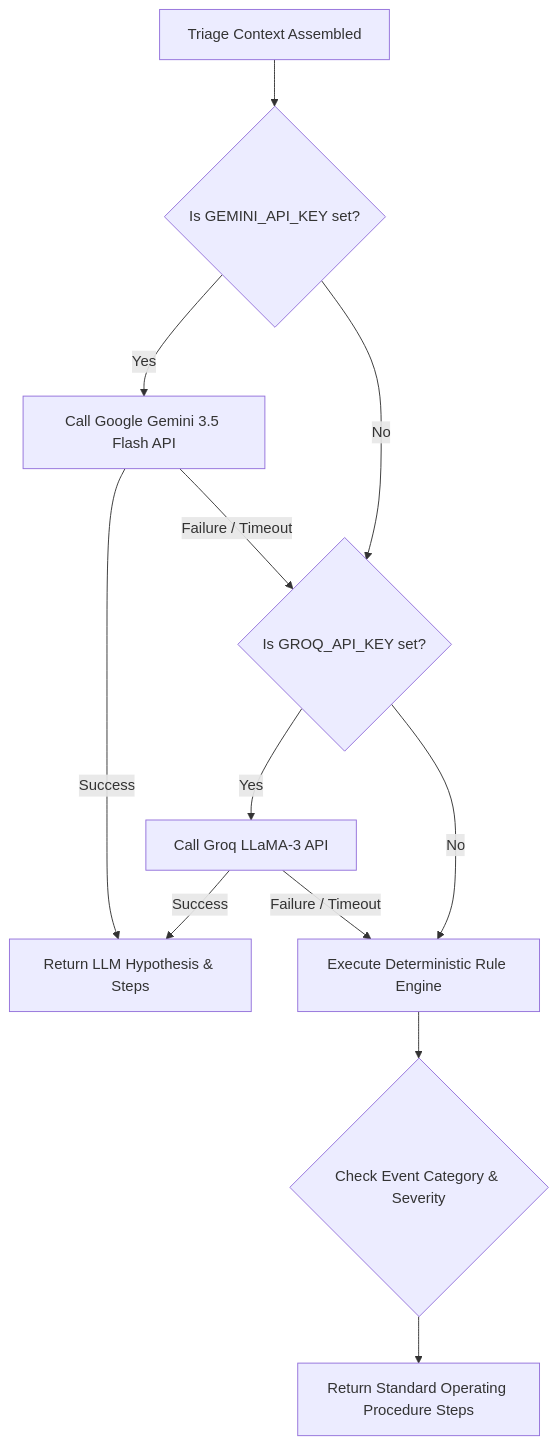
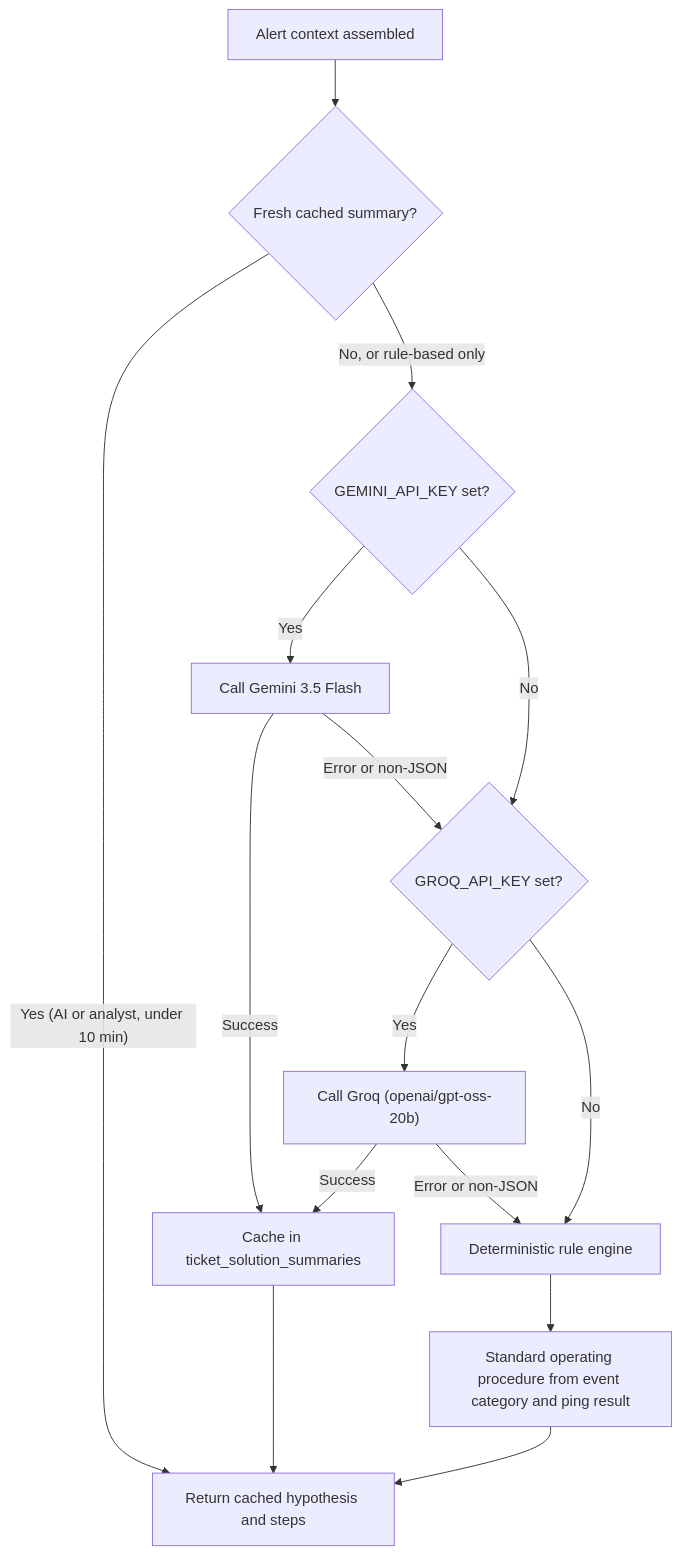
Before and after one commit to sanchiitvijay/noc-ps: the fourth of 4 diagrams in docs/documentation.md, drawn with Mermaid. The commit also changed other lines of this file and 3 other files, not shown here.

````diff
--- a/docs/documentation.md
+++ b/docs/documentation.md
@@ -259,16 +307,20 @@
 ```mermaid
 flowchart TD
-    Prompt[Triage Context Assembled] --> CheckGemini{Is GEMINI_API_KEY set?}
-    CheckGemini -- Yes --> CallGemini[Call Google Gemini 3.5 Flash API]
-    CallGemini -- Success --> ReturnAI[Return LLM Hypothesis & Steps]
-    CallGemini -- Failure / Timeout --> CheckGroq
+    Start["Alert context assembled"] --> Cache{"Fresh cached summary?"}
+    Cache -- "Yes (AI or analyst, under 10 min)" --> Return["Return cached hypothesis and steps"]
+    Cache -- "No, or rule-based only" --> CheckGemini{"GEMINI_API_KEY set?"}
 
-    CheckGemini -- No --> CheckGroq{Is GROQ_API_KEY set?}
-    CheckGroq -- Yes --> CallGroq[Call Groq LLaMA-3 API]
-    CallGroq -- Success --> ReturnAI
-    CallGroq -- Failure / Timeout --> RuleEngine
+    CheckGemini -- Yes --> CallGemini["Call Gemini 3.5 Flash"]
+    CallGemini -- Success --> Save["Cache in ticket_solution_summaries"]
+    CallGemini -- "Error or non-JSON" --> CheckGroq
+    CheckGemini -- No --> CheckGroq{"GROQ_API_KEY set?"}
 
-    CheckGroq -- No --> RuleEngine[Execute Deterministic Rule Engine]
-    RuleEngine --> MatchSeverity{Check Event Category & Severity}
-    MatchSeverity --> ReturnRule[Return Standard Operating Procedure Steps]
+    CheckGroq -- Yes --> CallGroq["Call Groq (openai/gpt-oss-20b)"]
+    CallGroq -- Success --> Save
+    CallGroq -- "Error or non-JSON" --> Rules
+    CheckGroq -- No --> Rules["Deterministic rule engine"]
+
+    Rules --> Sop["Standard operating procedure from event category and ping result"]
+    Save --> Return
+    Sop --> Return
 ```
````
